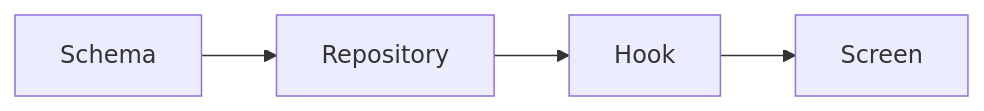
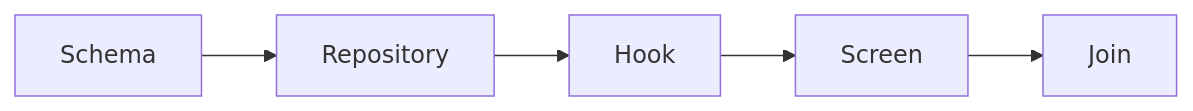
The diagram in README.md (skyf0xx/hedgehog-core-pwa-app), drawn with Mermaid before and after one commit. The commit also changed other lines of this file and 5 other files, not shown here.

````diff
--- a/README.md
+++ b/README.md
@@ -13,6 +13,7 @@
 ```mermaid
 flowchart LR
     A[Schema] --> B[Repository]
     B --> C[Hook]
     C --> D[Screen]
+    D --> E[Join]
 ```
````
